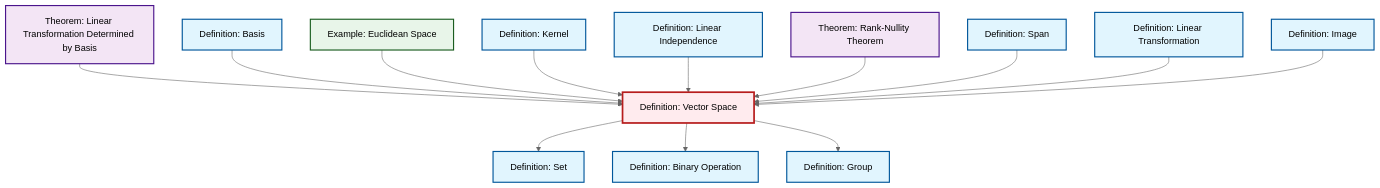
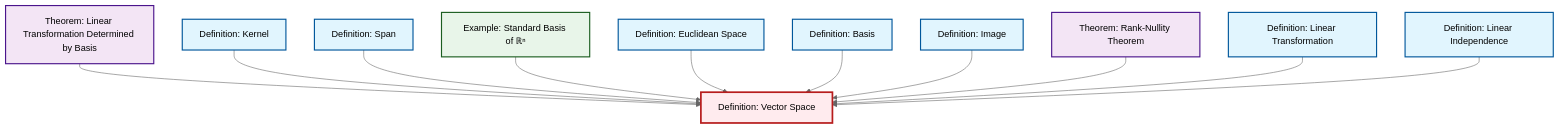
Before and after one commit to RK0429/ModernMath: the diagram in content/en/algebra/def-vector-space.qmd, drawn with Mermaid (neutral theme). The commit also changed other lines of this file and 203 other files, not shown here.

````diff
--- a/content/en/algebra/def-vector-space.qmd
+++ b/content/en/algebra/def-vector-space.qmd
@@ -48,48 +48,31 @@
 ```{mermaid}
 %%| fig-cap: "Local dependency graph"
 graph TD
     classDef definition fill:#e1f5fe,stroke:#01579b,stroke-width:2px
     classDef theorem fill:#f3e5f5,stroke:#4a148c,stroke-width:2px
     classDef axiom fill:#fff3e0,stroke:#e65100,stroke-width:2px
     classDef example fill:#e8f5e9,stroke:#1b5e20,stroke-width:2px
     classDef current fill:#ffebee,stroke:#b71c1c,stroke-width:3px
     def-linear-independence["Definition: Linear Independence"]:::definition
+    def-basis["Definition: Basis"]:::definition
+    def-kernel["Definition: Kernel"]:::definition
+    def-linear-transformation["Definition: Linear Transformation"]:::definition
+    thm-linear-transformation-basis["Theorem: Linear Transformation Determined by Basis"]:::theorem
+    ex-standard-basis-rn["Example: Standard Basis of ℝⁿ"]:::example
     def-span["Definition: Span"]:::definition
-    def-group["Definition: Group"]:::definition
     thm-rank-nullity["Theorem: Rank-Nullity Theorem"]:::theorem
-    def-basis["Definition: Basis"]:::definition
-    ex-euclidean-space["Example: Euclidean Space"]:::example
+    def-vector-space["Definition: Vector Space"]:::definition
+    def-euclidean-space["Definition: Euclidean Space"]:::definition
     def-image["Definition: Image"]:::definition
-    def-linear-transformation["Definition: Linear Transformation"]:::definition
-    def-binary-operation["Definition: Binary Operation"]:::definition
-    thm-linear-transformation-basis["Theorem: Linear Transformation Determined by Basis"]:::theorem
-    def-set["Definition: Set"]:::definition
-    def-vector-space["Definition: Vector Space"]:::definition
-    def-kernel["Definition: Kernel"]:::definition
     thm-linear-transformation-basis --> def-vector-space
+    def-kernel --> def-vector-space
+    def-span --> def-vector-space
+    ex-standard-basis-rn --> def-vector-space
+    def-euclidean-space --> def-vector-space
     def-basis --> def-vector-space
-    ex-euclidean-space --> def-vector-space
-    def-kernel --> def-vector-space
+    def-image --> def-vector-space
+    thm-rank-nullity --> def-vector-space
+    def-linear-transformation --> def-vector-space
     def-linear-independence --> def-vector-space
-    thm-rank-nullity --> def-vector-space
-    def-span --> def-vector-space
-    def-vector-space --> def-set
-    def-vector-space --> def-binary-operation
-    def-linear-transformation --> def-vector-space
-    def-image --> def-vector-space
-    def-vector-space --> def-group
     class def-vector-space current
-
-    click def-linear-independence "def-linear-independence.html" "Go to Linear Independence definition"
-    click def-span "def-span.html" "Go to Span definition"
-    click def-group "def-group.html" "Go to Group definition"
-    click thm-rank-nullity "thm-rank-nullity.html" "Go to Rank-Nullity Theorem theorem"
-    click def-basis "def-basis.html" "Go to Basis definition"
-    click ex-euclidean-space "ex-euclidean-space.html" "Go to Euclidean Space example"
-    click def-image "def-image.html" "Go to Image definition"
-    click def-linear-transformation "def-linear-transformation.html" "Go to Linear Transformation definition"
-    click def-binary-operation "def-binary-operation.html" "Go to Binary Operation definition"
-    click thm-linear-transformation-basis "thm-linear-transformation-basis.html" "Go to Linear Transformation Determined by Basis theorem"
-    click def-set "def-set.html" "Go to Set definition"
-    click def-kernel "def-kernel.html" "Go to Kernel definition"
 ```
````
